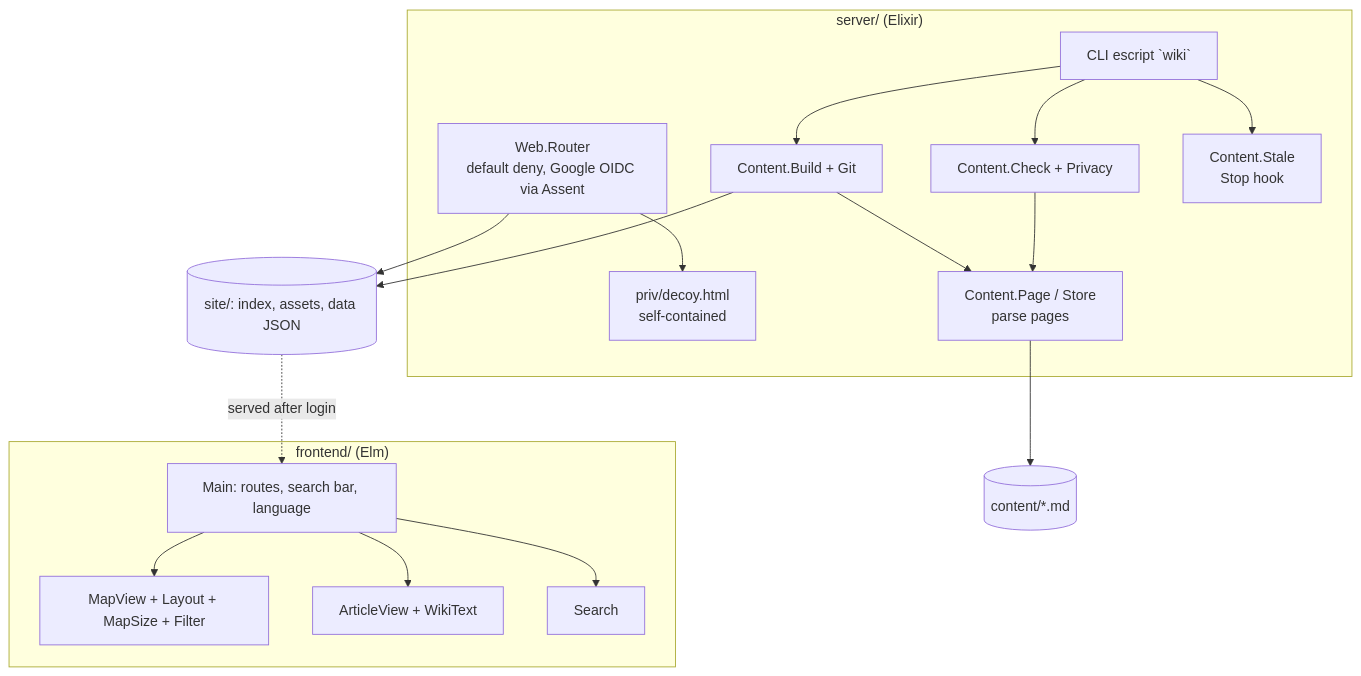
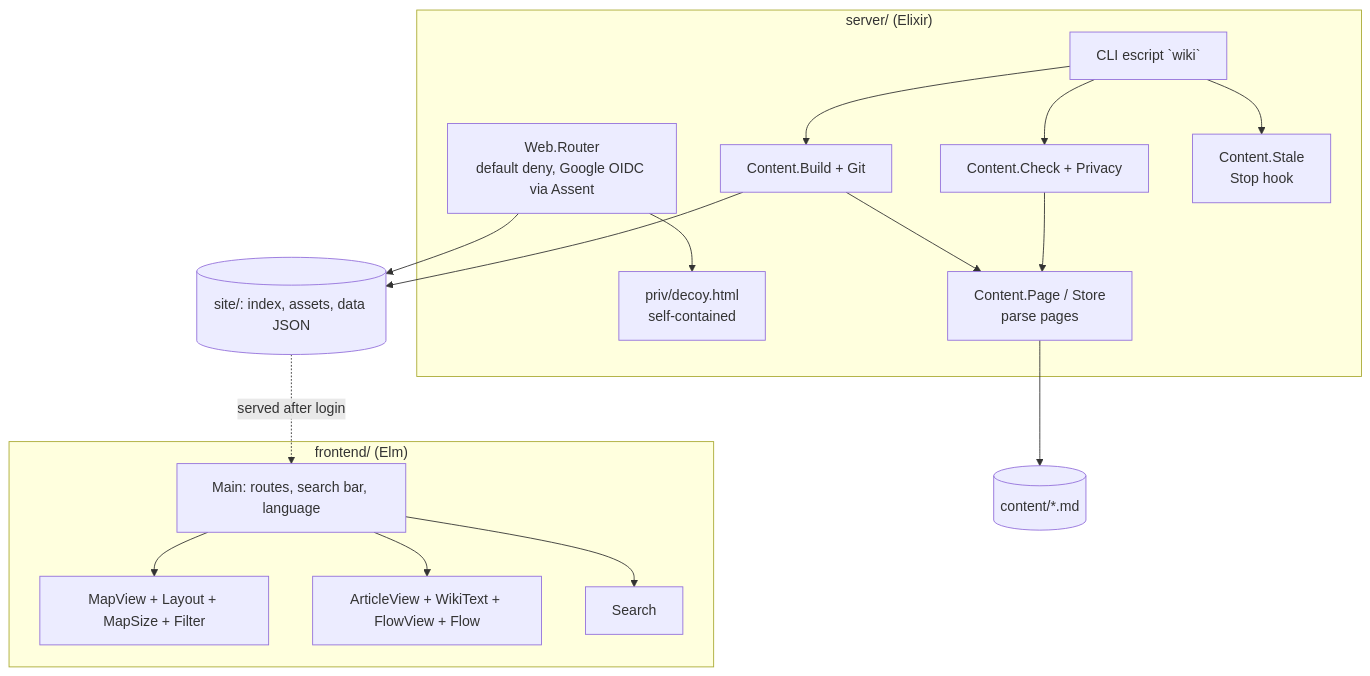
The second of 2 diagrams in DESIGN.md (yujideluca/wiki), drawn with Mermaid before and after one commit. The commit also changed other lines of this file and 191 other files, not shown here.

First line of the commit message:
Flow charts on the big concept pages (FL-1..FL-4, ADR-0007)

````diff
--- a/DESIGN.md
+++ b/DESIGN.md
@@ -39,28 +39,28 @@
 ```mermaid
 flowchart TB
     subgraph server["server/ (Elixir)"]
         router[Web.Router<br/>default deny, Google OIDC via Assent]
         decoy[priv/decoy.html<br/>self-contained]
         content[Content.Page / Store<br/>parse pages]
         check[Content.Check + Privacy]
         build[Content.Build + Git]
         stale[Content.Stale<br/>Stop hook]
         cli[CLI escript `wiki`]
     end
     subgraph frontend["frontend/ (Elm)"]
         main[Main: routes, search bar, language]
         mapv[MapView + Layout + MapSize + Filter]
-        art[ArticleView + WikiText]
+        art[ArticleView + WikiText + FlowView + Flow]
         search[Search]
     end
     pages[(content/*.md)]
     site[(site/: index, assets, data JSON)]
     cli --> check --> content --> pages
     cli --> build --> content
     build --> site
     cli --> stale
     router --> decoy
     router --> site
     main --> mapv & art & search
     site -. served after login .-> main
 ```
````
